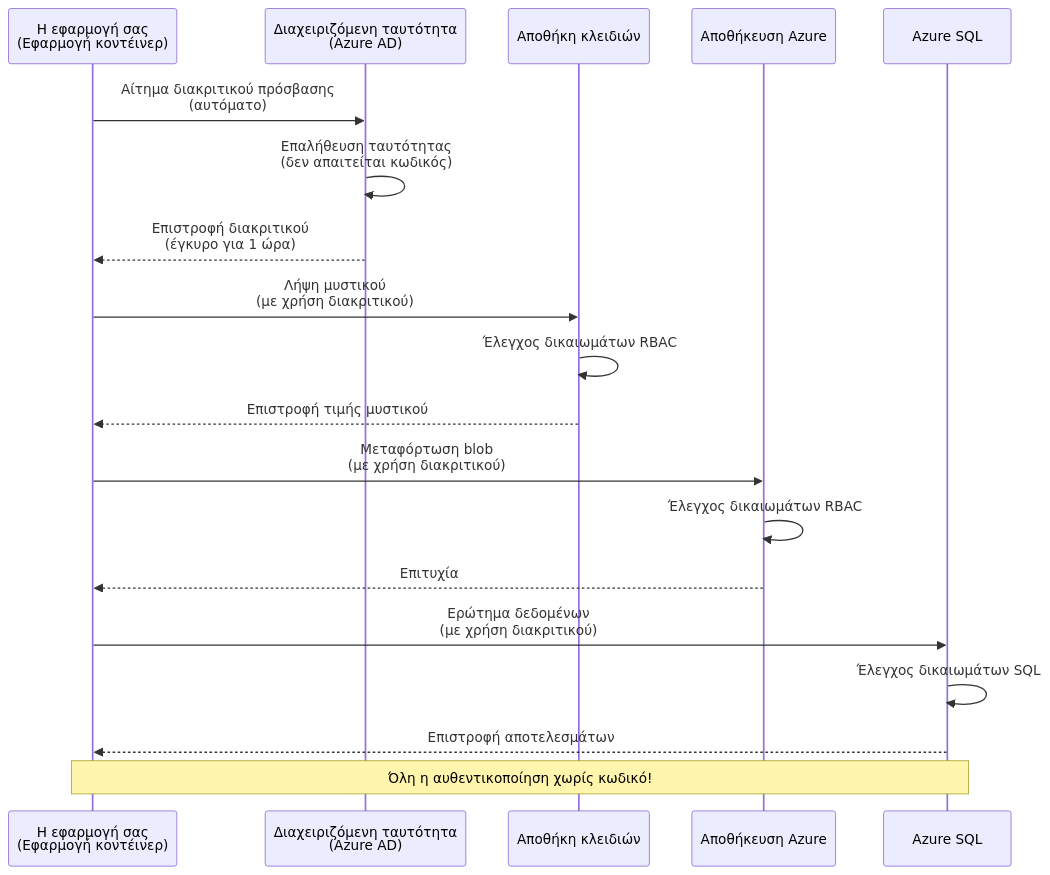
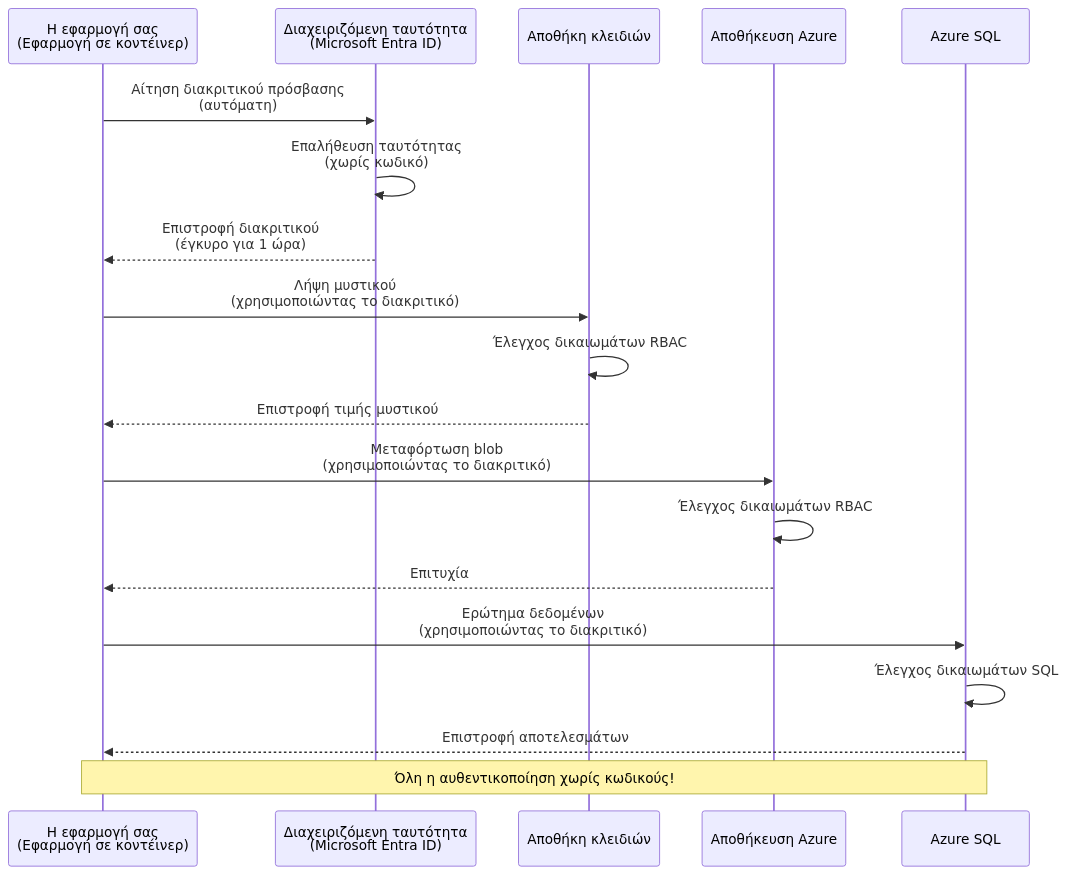
The first of 2 diagrams in translations/el/docs/chapter-03-configuration/authsecurity.md (microsoft/AZD-for-beginners), drawn with Mermaid before and after one commit. The commit also changed other lines of this file and 104 other files, not shown here.

````diff
--- a/translations/el/docs/chapter-03-configuration/authsecurity.md
+++ b/translations/el/docs/chapter-03-configuration/authsecurity.md
@@ -69,26 +69,26 @@
 ```mermaid
 sequenceDiagram
-    participant App as Η εφαρμογή σας<br/>(Εφαρμογή κοντέινερ)
-    participant MI as Διαχειριζόμενη ταυτότητα<br/>(Azure AD)
+    participant App as Η εφαρμογή σας<br/>(Εφαρμογή σε κοντέινερ)
+    participant MI as Διαχειριζόμενη ταυτότητα<br/>(Microsoft Entra ID)
     participant KV as Αποθήκη κλειδιών
     participant Storage as Αποθήκευση Azure
     participant DB as Azure SQL
     
-    App->>MI: Αίτημα διακριτικού πρόσβασης<br/>(αυτόματο)
-    MI->>MI: Επαλήθευση ταυτότητας<br/>(δεν απαιτείται κωδικός)
+    App->>MI: Αίτηση διακριτικού πρόσβασης<br/>(αυτόματη)
+    MI->>MI: Επαλήθευση ταυτότητας<br/>(χωρίς κωδικό)
     MI-->>App: Επιστροφή διακριτικού<br/>(έγκυρο για 1 ώρα)
     
-    App->>KV: Λήψη μυστικού<br/>(με χρήση διακριτικού)
+    App->>KV: Λήψη μυστικού<br/>(χρησιμοποιώντας το διακριτικό)
     KV->>KV: Έλεγχος δικαιωμάτων RBAC
     KV-->>App: Επιστροφή τιμής μυστικού
     
-    App->>Storage: Μεταφόρτωση blob<br/>(με χρήση διακριτικού)
+    App->>Storage: Μεταφόρτωση blob<br/>(χρησιμοποιώντας το διακριτικό)
     Storage->>Storage: Έλεγχος δικαιωμάτων RBAC
     Storage-->>App: Επιτυχία
     
-    App->>DB: Ερώτημα δεδομένων<br/>(με χρήση διακριτικού)
+    App->>DB: Ερώτημα δεδομένων<br/>(χρησιμοποιώντας το διακριτικό)
     DB->>DB: Έλεγχος δικαιωμάτων SQL
     DB-->>App: Επιστροφή αποτελεσμάτων
     
-    Note over App,DB: Όλη η αυθεντικοποίηση χωρίς κωδικό!
+    Note over App,DB: Όλη η αυθεντικοποίηση χωρίς κωδικούς!
 ```
````
